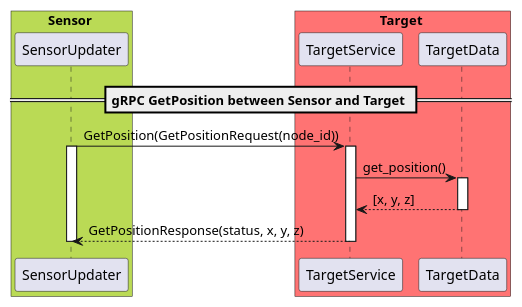
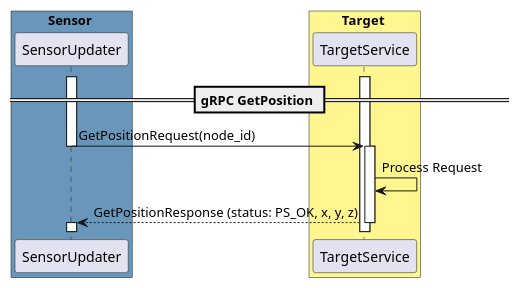
One commit to matteogianferrari/multilat_sensor_net changed the diagram in docs/diagrams/communication/gRPC_GetPosition.puml. Above: the diagram before and after it, drawn with PlantUML. The commit also changed 5 other files, not shown here.

Commit message:
Revisided UML sequence diagrams for the communication protocols.

```diff
--- a/docs/diagrams/communication/gRPC_GetPosition.puml
+++ b/docs/diagrams/communication/gRPC_GetPosition.puml
@@ -1,35 +1,41 @@
 @startuml
+
 skinparam backgroundColor #FFFFFF
 
 ' Defines the participants in the protocol
-box Sensor #BADA55
+box Sensor #6897BB
 participant "SensorUpdater" as SensorUpdater
 end box
 
-box Target #FF7373
+box Target #FFF68F
 participant "TargetService" as TargetService
-participant "TargetData" as TargetData
 end box
 
-== gRPC GetPosition between Sensor and Target ==
+== gRPC GetPosition ==
+
+' TargetService thread is running waiting for incoming requests
+activate TargetService
+activate SensorUpdater
+
 ' SensorUpdater requests GetPosition RPC sending a GetPositionRequest message
 ' containing the requesting node ID
-SensorUpdater -> TargetService: GetPosition(GetPositionRequest(node_id))
+SensorUpdater -> TargetService: GetPositionRequest(node_id)
+
+' The RPC request blocks the SensorUpdater thread while waiting for a response
+deactivate SensorUpdater
+
+' TargetService receives the RPC request for GetPosition
+' TargetService has a thread pool for handling asynchronously the requests
+' from multiple client, it assigns the request to a worker thread
+activate TargetService
+
+' TargetService GetPosition procedure is executed
+TargetService -> TargetService: Process Request
+
+' The TargetService sends a GetPositionResponse message to the SensorUpdater containing
+' a positive status for the requested operation and the coordinates of the target
+TargetService --> SensorUpdater : GetPositionResponse (status: PS_OK, x, y, z)
+deactivate TargetService
 activate SensorUpdater
 
-' TargetService receives the RPC request for GetPosition
-activate TargetService
-
-' TargetService gets the target position from TargetData
-TargetService -> TargetData: get_position()
-activate TargetData
-
-' TargetData returns the target position
-return [x, y, z]
-
-' TargetService responds to SensorUpdater sending a GetPositionResponse message
-' containing the request status and the target position
-return GetPositionResponse(status, x, y, z)
-deactivate SensorUpdater
-
 @enduml
```
